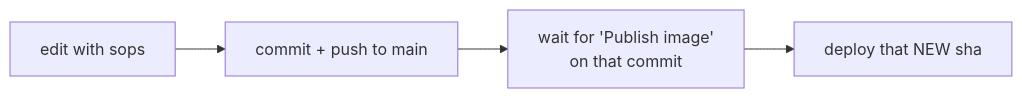
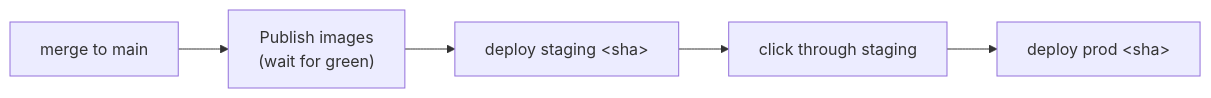
The sixth of 8 diagrams in docs/architecture/28-platform-runbook.md (tareq89/biddaloy), drawn with Mermaid before and after one commit. The commit also changed other lines of this file and 1 other file, not shown here.

````diff
--- a/docs/architecture/28-platform-runbook.md
+++ b/docs/architecture/28-platform-runbook.md
@@ -168,6 +1172,7 @@
 ```mermaid
 flowchart LR
-  E["edit with sops"] --> C["commit + push to main"]
-  C --> P["wait for 'Publish image'<br/>on that commit"]
-  P --> D["deploy that NEW sha"]
+  M["merge to main"] --> P["Publish images<br/>(wait for green)"]
+  P --> S["deploy staging &lt;sha&gt;"]
+  S --> T["click through staging"]
+  T --> R["deploy prod &lt;sha&gt;"]
 ```
````
